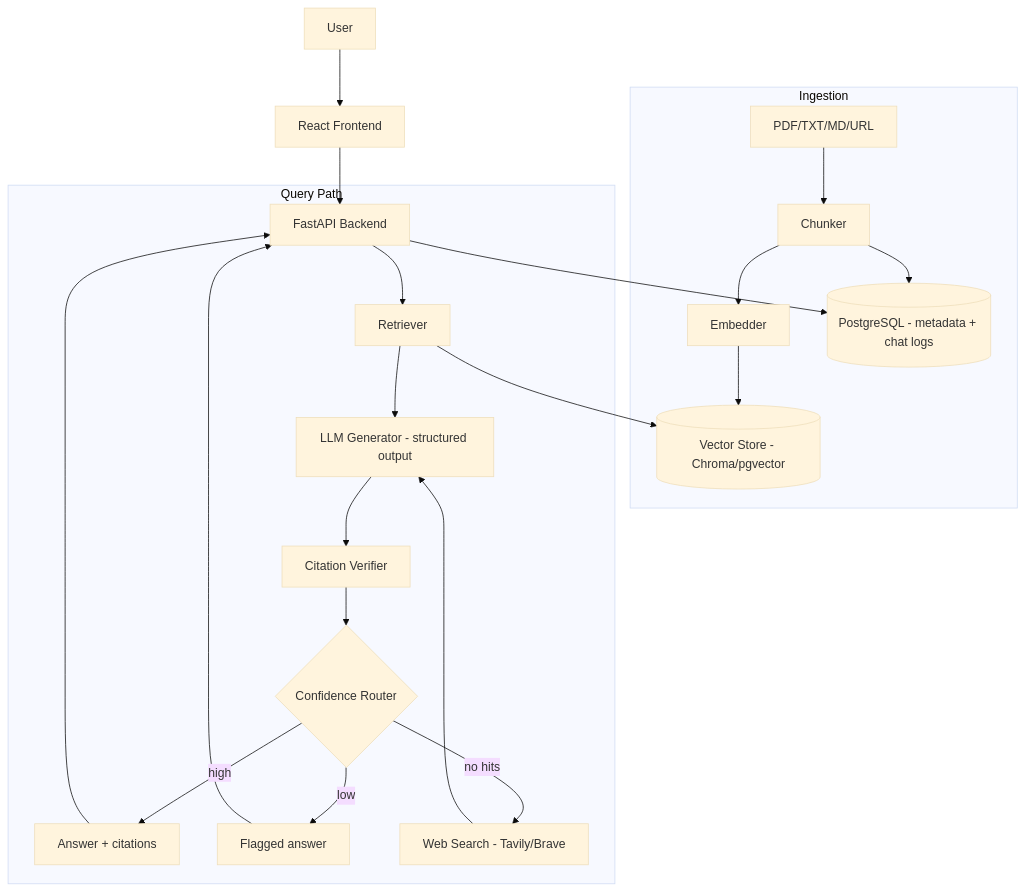
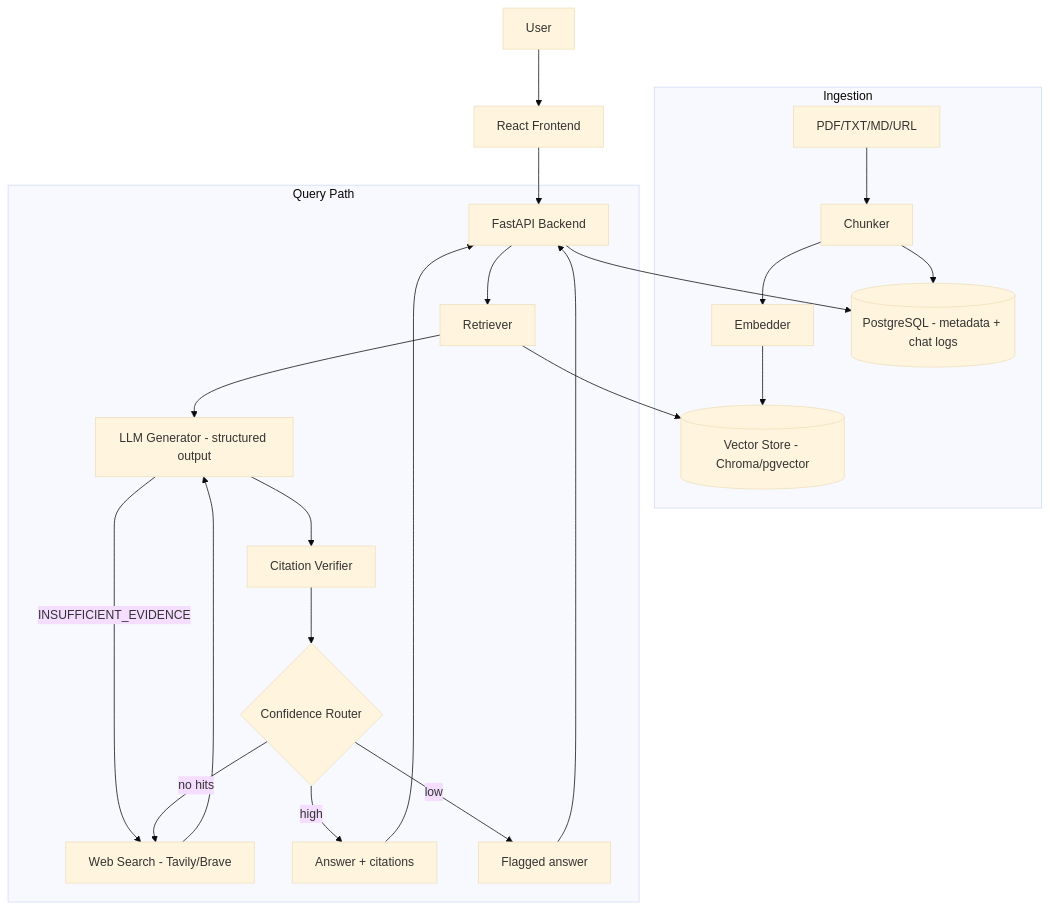
The diagram in docs/Architecture.md (bluxo1/Axiom-RAG), drawn with Mermaid (base theme) before and after one commit. The commit also changed other lines of this file and 5 other files, not shown here.

````diff
--- a/docs/Architecture.md
+++ b/docs/Architecture.md
@@ -20,28 +20,29 @@
 ```mermaid
 flowchart TD
     U[User] --> FE[React Frontend]
     FE --> API[FastAPI Backend]
 
     subgraph Ingestion
         DOC[PDF/TXT/MD/URL] --> CHUNK[Chunker]
         CHUNK --> EMB[Embedder]
         EMB --> VDB[(Vector Store - Chroma/pgvector)]
         CHUNK --> PSQL[(PostgreSQL - metadata + chat logs)]
     end
 
     subgraph Query Path
         API --> RET[Retriever]
         RET --> VDB
         RET --> GEN[LLM Generator - structured output]
         GEN --> GRND[Citation Verifier]
         GRND --> CONF{Confidence Router}
+        GEN -- INSUFFICIENT_EVIDENCE --> SRCH
         CONF -->|high| RESP[Answer + citations]
         CONF -->|low| FLAG[Flagged answer]
         CONF -->|no hits| SRCH[Web Search - Tavily/Brave]
         SRCH --> GEN
     end
 
     RESP --> API
     FLAG --> API
     API --> PSQL
 ```
````
